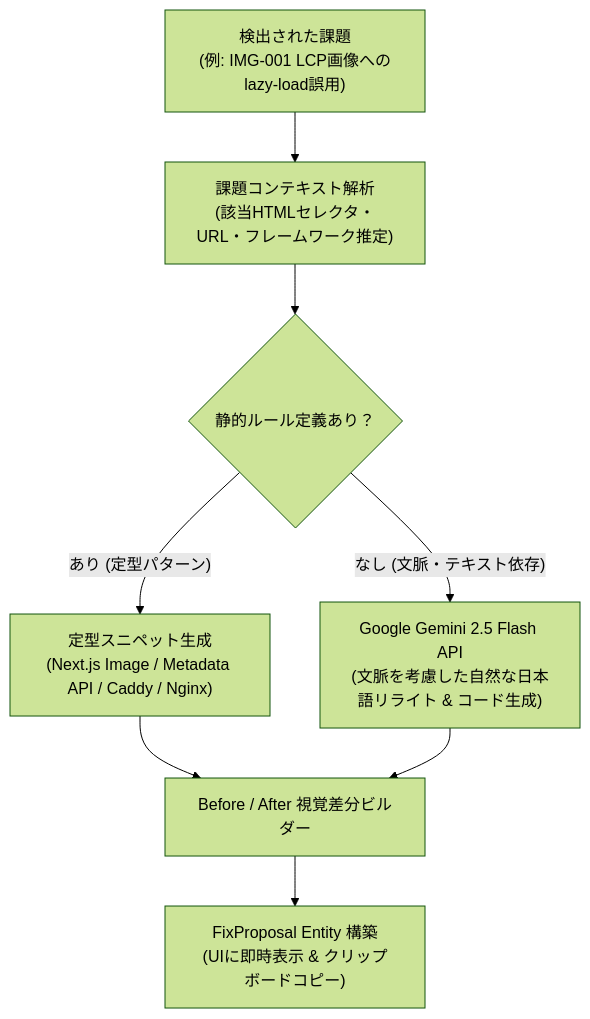
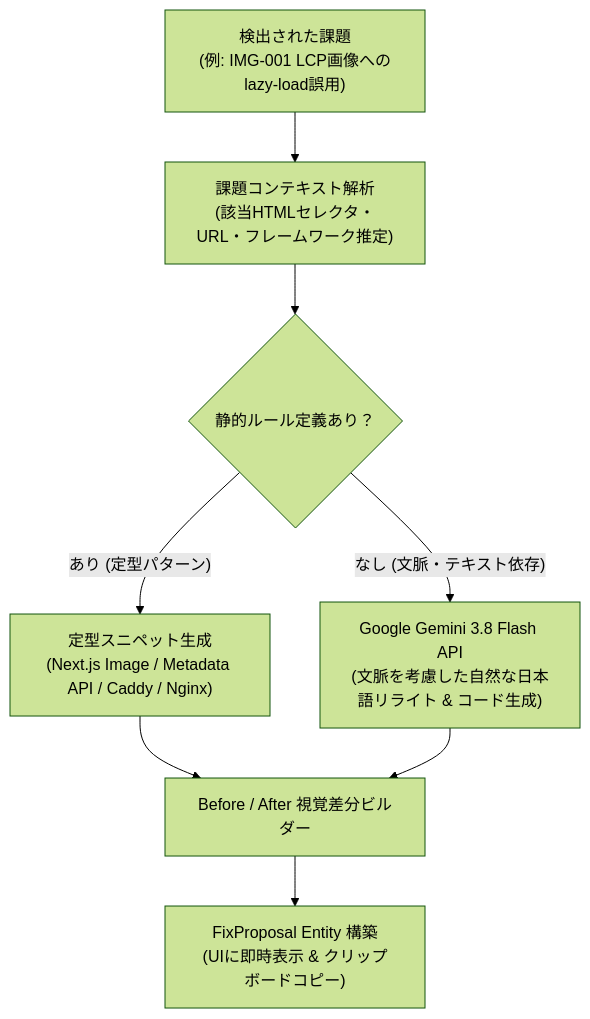
The diagram in docs/02_SEO_ANALYSIS_ENGINE.md (nntokyo/seo.n-n.tokyo), drawn with Mermaid (forest theme) before and after one commit. The commit also changed 13 other files, not shown here.

````diff
--- a/docs/02_SEO_ANALYSIS_ENGINE.md
+++ b/docs/02_SEO_ANALYSIS_ENGINE.md
@@ -92,11 +92,11 @@
 ```mermaid
 flowchart TD
     Issue["検出された課題\n(例: IMG-001 LCP画像へのlazy-load誤用)"] --> Analyzer["課題コンテキスト解析\n(該当HTMLセレクタ・URL・フレームワーク推定)"]
     
     Analyzer --> RuleEngine{"静的ルール定義あり？"}
     RuleEngine -- あり (定型パターン) --> StaticTemplate["定型スニペット生成\n(Next.js Image / Metadata API / Caddy / Nginx)"]
-    RuleEngine -- なし (文脈・テキスト依存) --> Gemini["Google Gemini 2.5 Flash API\n(文脈を考慮した自然な日本語リライト & コード生成)"]
+    RuleEngine -- なし (文脈・テキスト依存) --> Gemini["Google Gemini 3.8 Flash API\n(文脈を考慮した自然な日本語リライト & コード生成)"]
     
     StaticTemplate & Gemini --> DiffBuilder["Before / After 視覚差分ビルダー"]
     DiffBuilder --> ProposalCard["FixProposal Entity 構築\n(UIに即時表示 & クリップボードコピー)"]
 ```
````
